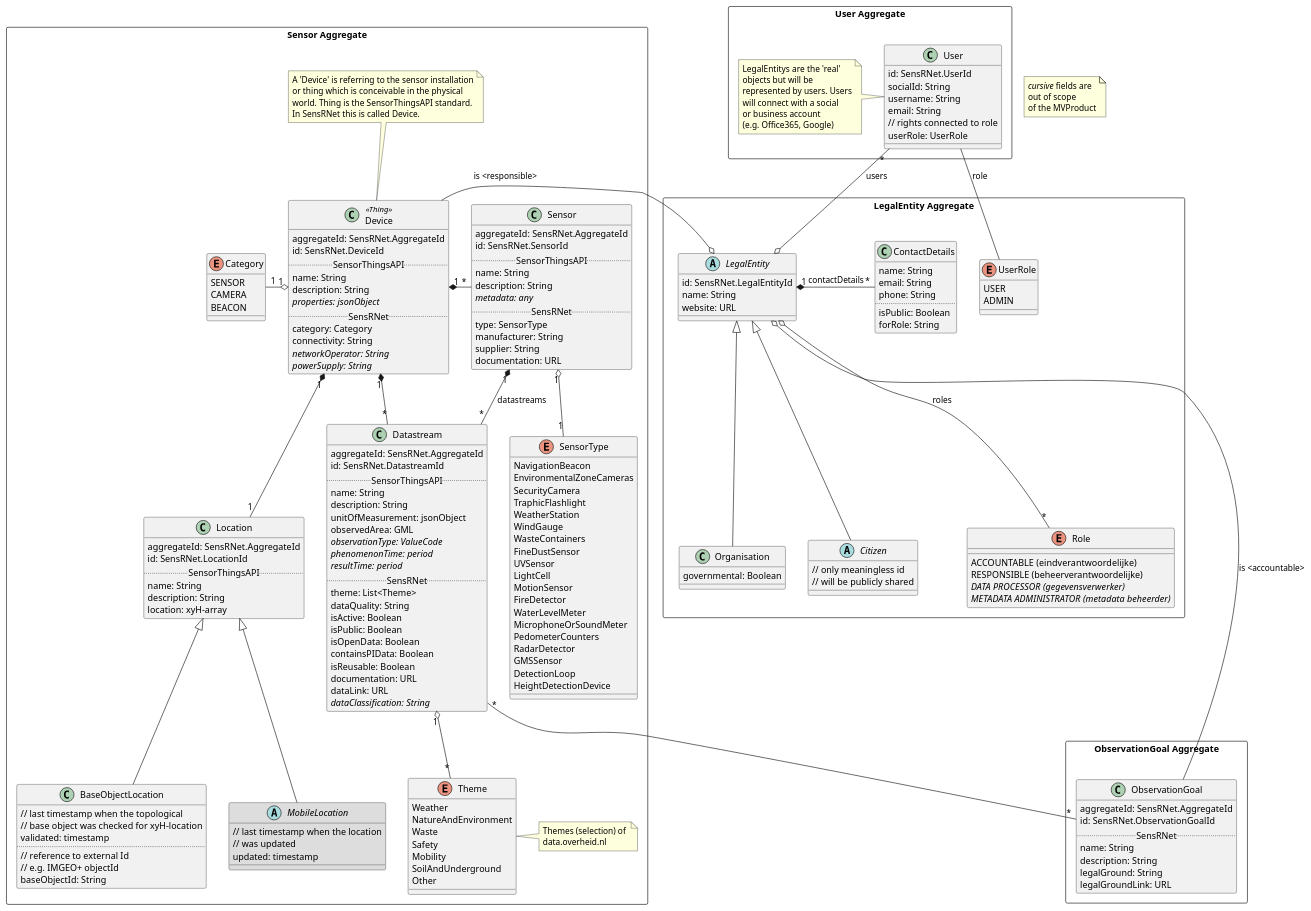
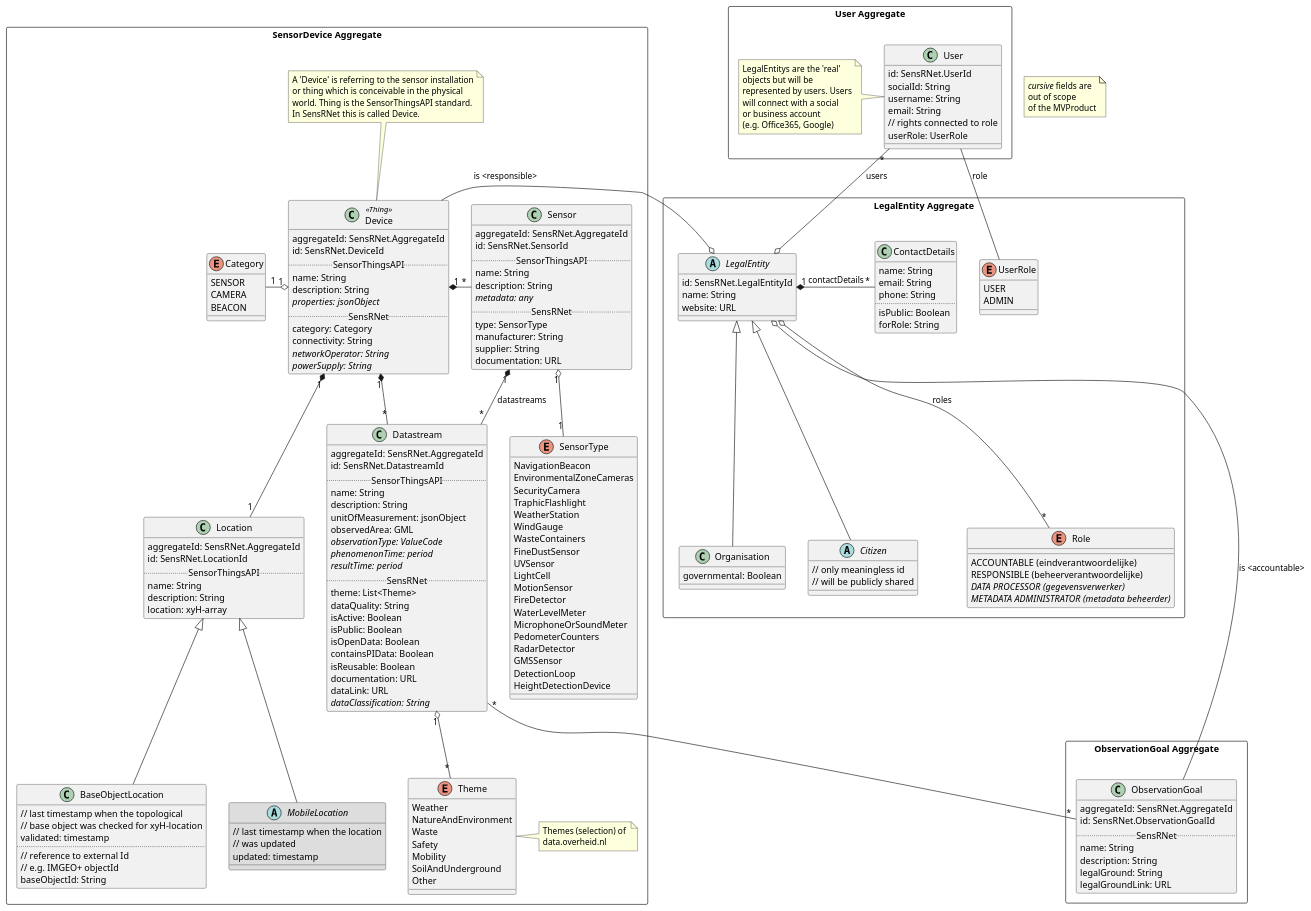
Before and after one commit to kadaster-labs/sensrnet-home: the diagram in src/sensrnet-datamodel-sensorview.puml, drawn with PlantUML. The commit also changed 1 other file, not shown here.

Commit message:
renamed sensor-device aggregate

```diff
--- a/src/sensrnet-datamodel-sensorview.puml
+++ b/src/sensrnet-datamodel-sensorview.puml
@@ -78,7 +78,7 @@
 User -- UserRole : role
 LegalEntity o- "*" User : users
 
-package "Sensor Aggregate" <<Rectangle>> {
+package "SensorDevice Aggregate" <<Rectangle>> {
 
     ' class SensorAggregate #DDD {
     '     id: SensRNet.AggregateId
```
